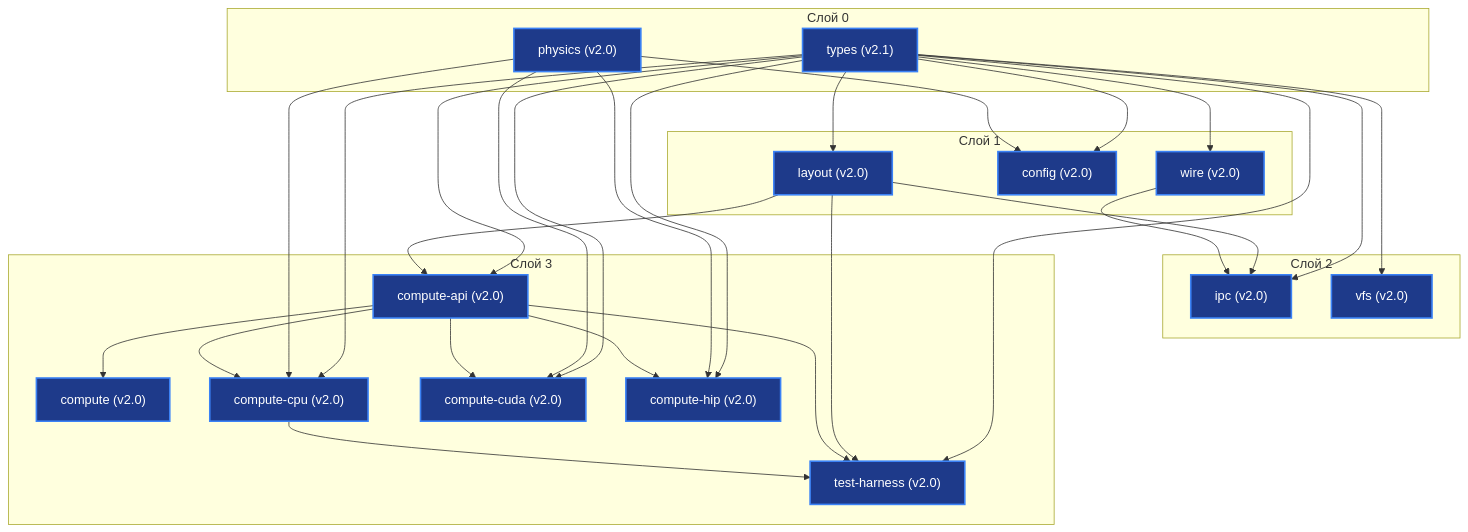
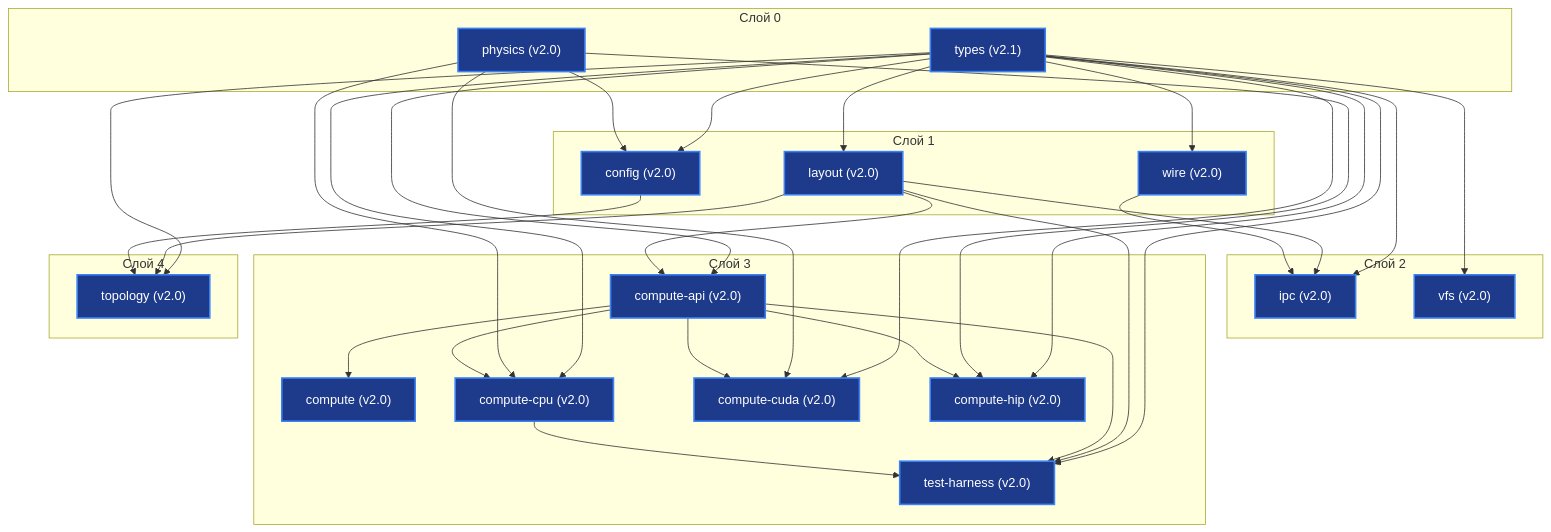
Before and after one commit to H4V1K-dev/axicor_enterprise: the diagram in docs/engine/INDEX.md, drawn with Mermaid. The commit also changed other lines of this file and 1 other file, not shown here.

Commit message:
docs: add engine index and topology specification documentation

````diff
--- a/docs/engine/INDEX.md
+++ b/docs/engine/INDEX.md
@@ -9,52 +9,58 @@
 ```mermaid
 graph TD
     subgraph L0["Слой 0"]
         types["types (v2.1)"]
         physics["physics (v2.0)"]
     end
     subgraph L1["Слой 1"]
         layout["layout (v2.0)"]
         config["config (v2.0)"]
         wire["wire (v2.0)"]
     end
     subgraph L2["Слой 2"]
         ipc["ipc (v2.0)"]
         vfs["vfs (v2.0)"]
     end
     subgraph L3["Слой 3"]
         compute_api["compute-api (v2.0)"]
         compute["compute (v2.0)"]
         compute_cpu["compute-cpu (v2.0)"]
         compute_cuda["compute-cuda (v2.0)"]
         compute_hip["compute-hip (v2.0)"]
         test_harness["test-harness (v2.0)"]
     end
+    subgraph L4["Слой 4"]
+        topology["topology (v2.0)"]
+    end
 
     types --> layout
     types --> config
     types --> wire
     types --> ipc
     types --> vfs
     types --> compute_api
     types --> compute_cpu
     types --> compute_cuda
     types --> compute_hip
     types --> test_harness
+    types --> topology
     physics --> config
     physics --> compute_cpu
     physics --> compute_cuda
     physics --> compute_hip
     layout --> ipc
     wire --> ipc
     layout --> compute_api
     layout --> test_harness
+    layout --> topology
+    config --> topology
     compute_api --> compute
     compute_api --> compute_cpu
     compute_api --> compute_cuda
     compute_api --> compute_hip
     compute_api --> test_harness
     compute_cpu --> test_harness
 
     classDef active fill:#1e3a8a,stroke:#3b82f6,stroke-width:2px,color:#fff;
-    class types,physics,layout,config,wire,ipc,vfs,compute_api,compute,compute_cpu,compute_cuda,compute_hip,test_harness active;
+    class types,physics,layout,config,wire,ipc,vfs,compute_api,compute,compute_cpu,compute_cuda,compute_hip,test_harness,topology active;
 ```
````
